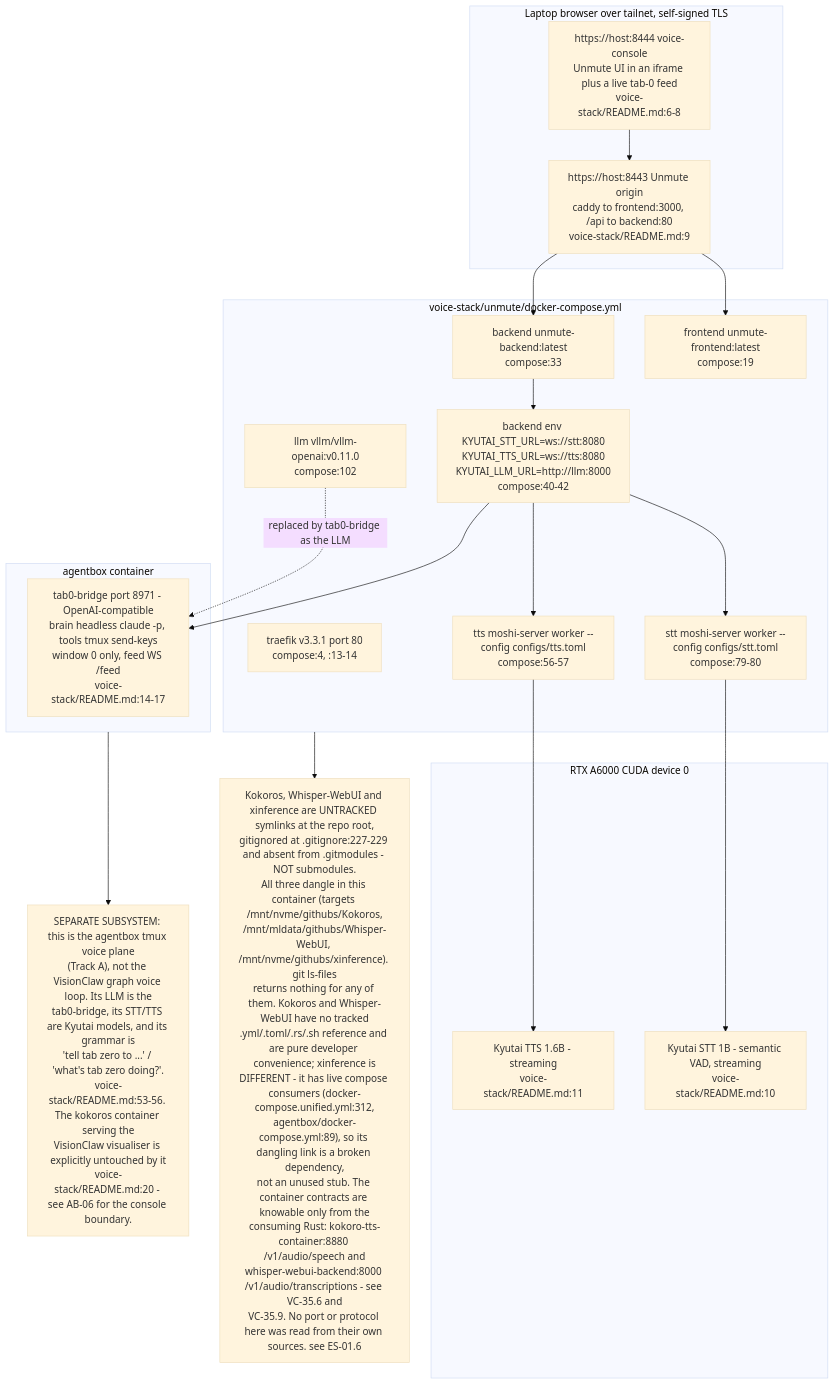
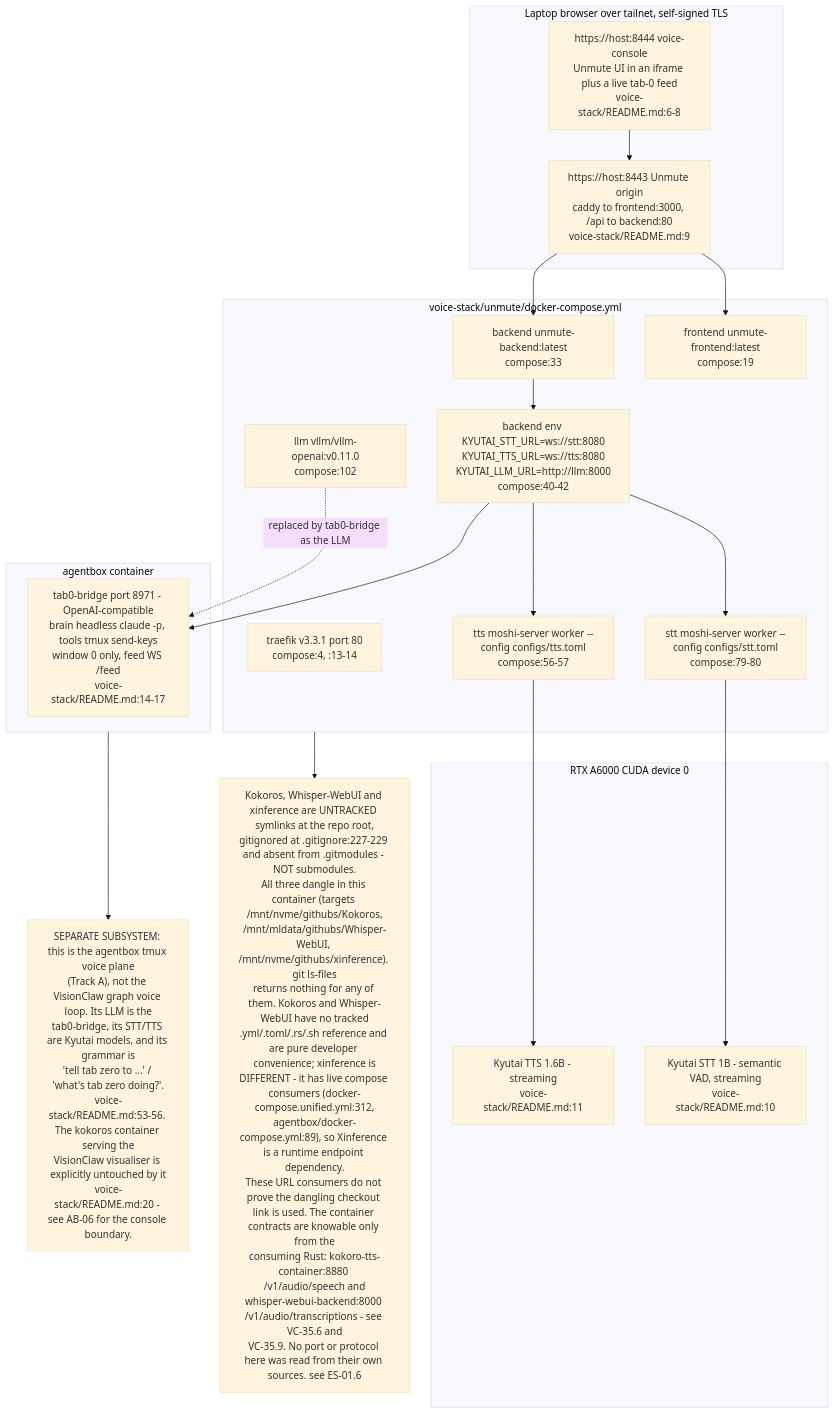
One commit to DreamLab-AI/VisionFlow changed diagram 12 of 12 in docs/diagrams/visionclaw/35-voice-end-to-end.md. Above: the diagram before and after it, drawn with Mermaid (base theme). The commit also changed other lines of this file and 185 other files, not shown here.

Commit message:
docs(estate): reconcile diagrams and ADRs with source and define closeout sprint

````diff
--- a/docs/diagrams/visionclaw/35-voice-end-to-end.md
+++ b/docs/diagrams/visionclaw/35-voice-end-to-end.md
@@ -573,37 +576,37 @@
 ```mermaid
 flowchart TB
     subgraph lap["Laptop browser over tailnet, self-signed TLS"]
         L1["https://host:8444 voice-console<br/>Unmute UI in an iframe plus a live tab-0 feed<br/>voice-stack/README.md:6-8"]
         L2["https://host:8443 Unmute origin<br/>caddy to frontend:3000, /api to backend:80<br/>voice-stack/README.md:9"]
     end
     subgraph gpu["RTX A6000 CUDA device 0"]
         S1["Kyutai STT 1B - semantic VAD, streaming<br/>voice-stack/README.md:10"]
         S2["Kyutai TTS 1.6B - streaming<br/>voice-stack/README.md:11"]
     end
     subgraph compose["voice-stack/unmute/docker-compose.yml"]
         C1["traefik v3.3.1 port 80<br/>compose:4, :13-14"]
         C2["frontend unmute-frontend:latest<br/>compose:19"]
         C3["backend unmute-backend:latest<br/>compose:33"]
         C4["stt moshi-server worker --config configs/stt.toml<br/>compose:79-80"]
         C5["tts moshi-server worker --config configs/tts.toml<br/>compose:56-57"]
         C6["llm vllm/vllm-openai:v0.11.0<br/>compose:102"]
         C7["backend env KYUTAI_STT_URL=ws://stt:8080<br/>KYUTAI_TTS_URL=ws://tts:8080<br/>KYUTAI_LLM_URL=http://llm:8000<br/>compose:40-42"]
     end
     subgraph box["agentbox container"]
         B1["tab0-bridge port 8971 - OpenAI-compatible<br/>brain headless claude -p, tools tmux send-keys<br/>window 0 only, feed WS /feed<br/>voice-stack/README.md:14-17"]
     end
     L1 --> L2
     L2 --> C2
     L2 --> C3
     C3 --> C7
     C7 --> C4
     C7 --> C5
     C7 --> B1
     C4 --> S1
     C5 --> S2
     C6 -. "replaced by tab0-bridge as the LLM" .-> B1
     box --> SEP
     SEP["SEPARATE SUBSYSTEM: this is the agentbox tmux voice plane<br/>(Track A), not the VisionClaw graph voice loop. Its LLM is the<br/>tab0-bridge, its STT/TTS are Kyutai models, and its grammar is<br/>'tell tab zero to ...' / 'what's tab zero doing?'.<br/>voice-stack/README.md:53-56. The kokoros container serving the<br/>VisionClaw visualiser is explicitly untouched by it<br/>voice-stack/README.md:20 - see AB-06 for the console boundary."]
     compose --> DIV
-    DIV["Kokoros, Whisper-WebUI and xinference are UNTRACKED symlinks at the repo root,<br/>gitignored at .gitignore:227-229 and absent from .gitmodules - NOT submodules.<br/>All three dangle in this container (targets /mnt/nvme/githubs/Kokoros,<br/>/mnt/mldata/githubs/Whisper-WebUI, /mnt/nvme/githubs/xinference). git ls-files<br/>returns nothing for any of them. Kokoros and Whisper-WebUI have no tracked<br/>.yml/.toml/.rs/.sh reference and are pure developer convenience; xinference is<br/>DIFFERENT - it has live compose consumers (docker-compose.unified.yml:312,<br/>agentbox/docker-compose.yml:89), so its dangling link is a broken dependency,<br/>not an unused stub. The container contracts are knowable only from the<br/>consuming Rust: kokoro-tts-container:8880 /v1/audio/speech and<br/>whisper-webui-backend:8000 /v1/audio/transcriptions - see VC-35.6 and<br/>VC-35.9. No port or protocol here was read from their own sources. see ES-01.6"]
+    DIV["Kokoros, Whisper-WebUI and xinference are UNTRACKED symlinks at the repo root,<br/>gitignored at .gitignore:227-229 and absent from .gitmodules - NOT submodules.<br/>All three dangle in this container (targets /mnt/nvme/githubs/Kokoros,<br/>/mnt/mldata/githubs/Whisper-WebUI, /mnt/nvme/githubs/xinference). git ls-files<br/>returns nothing for any of them. Kokoros and Whisper-WebUI have no tracked<br/>.yml/.toml/.rs/.sh reference and are pure developer convenience; xinference is<br/>DIFFERENT - it has live compose consumers (docker-compose.unified.yml:312,<br/>agentbox/docker-compose.yml:89), so Xinference is a runtime endpoint dependency.<br/>These URL consumers do not prove the dangling checkout link is used. The container contracts are knowable only from the<br/>consuming Rust: kokoro-tts-container:8880 /v1/audio/speech and<br/>whisper-webui-backend:8000 /v1/audio/transcriptions - see VC-35.6 and<br/>VC-35.9. No port or protocol here was read from their own sources. see ES-01.6"]
 ```
````
